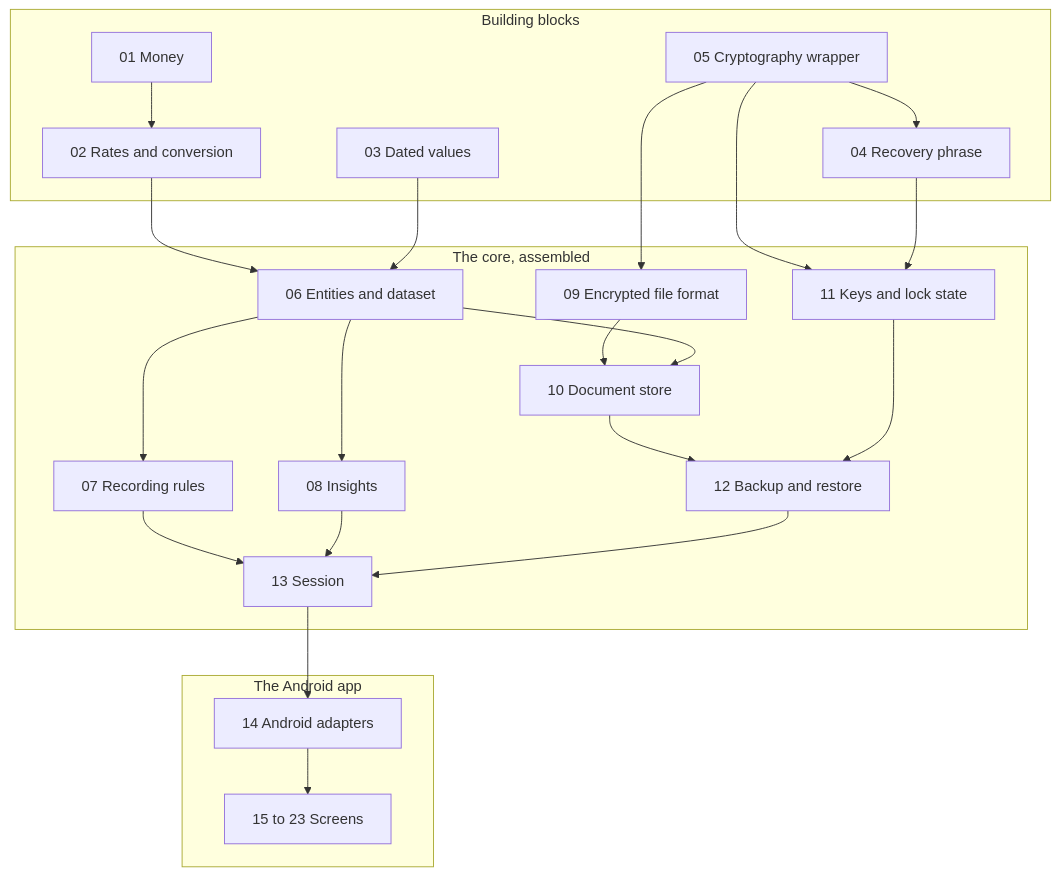
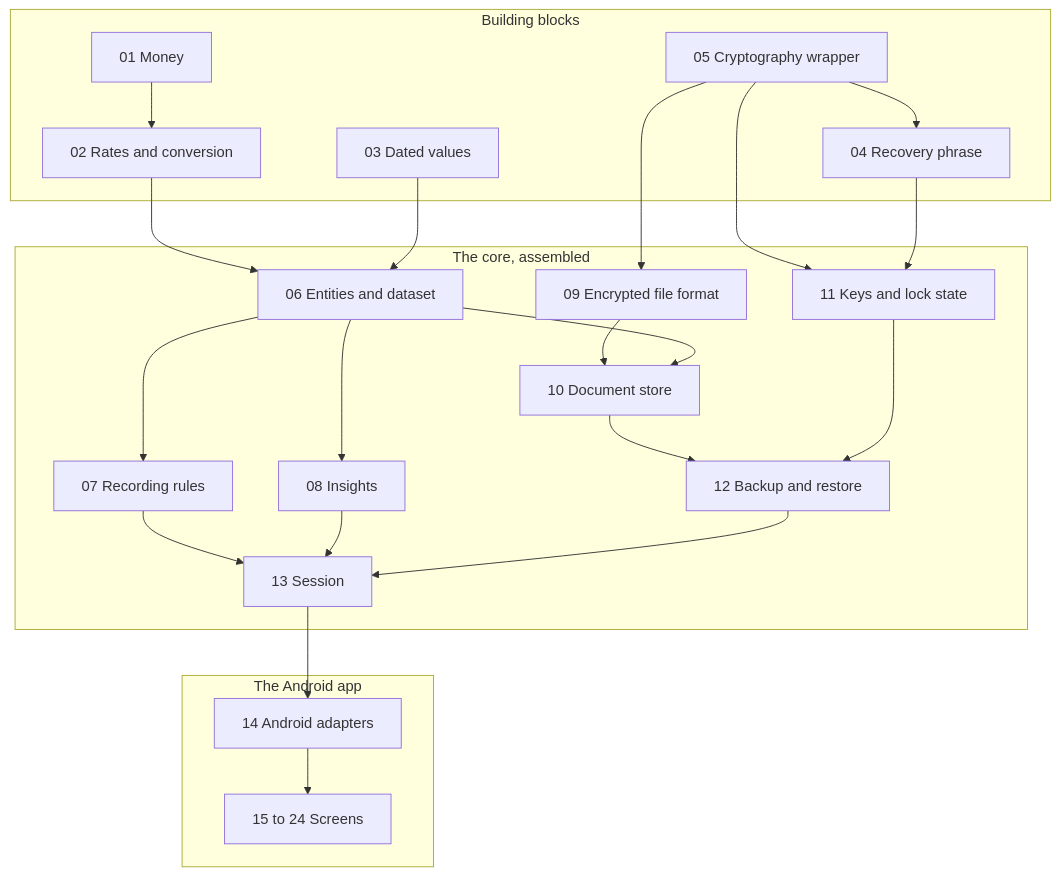
One commit to arpit92k/Fortuna changed the diagram in docs/implementation-plan.md. Above: the diagram before and after it, drawn with Mermaid. The commit also changed other lines of this file and 5 other files, not shown here.

````diff
--- a/docs/implementation-plan.md
+++ b/docs/implementation-plan.md
@@ -57,43 +58,43 @@
 ```mermaid
 flowchart TB
     subgraph blocks["Building blocks"]
         money["01 Money"]
         rates["02 Rates and conversion"]
         dated["03 Dated values"]
         phrase["04 Recovery phrase"]
         crypto["05 Cryptography wrapper"]
     end
     subgraph core["The core, assembled"]
         entities["06 Entities and dataset"]
         rules["07 Recording rules"]
         insights["08 Insights"]
         format["09 Encrypted file format"]
         store["10 Document store"]
         keys["11 Keys and lock state"]
         backup["12 Backup and restore"]
         session["13 Session"]
     end
     subgraph app["The Android app"]
         adapters["14 Android adapters"]
-        screens["15 to 23 Screens"]
+        screens["15 to 24 Screens"]
     end
 
     money --> rates
     rates --> entities
     dated --> entities
     entities --> rules
     entities --> insights
     crypto --> phrase
     crypto --> format
     format --> store
     entities --> store
     crypto --> keys
     phrase --> keys
     store --> backup
     keys --> backup
     rules --> session
     insights --> session
     backup --> session
     session --> adapters
     adapters --> screens
 ```
````
